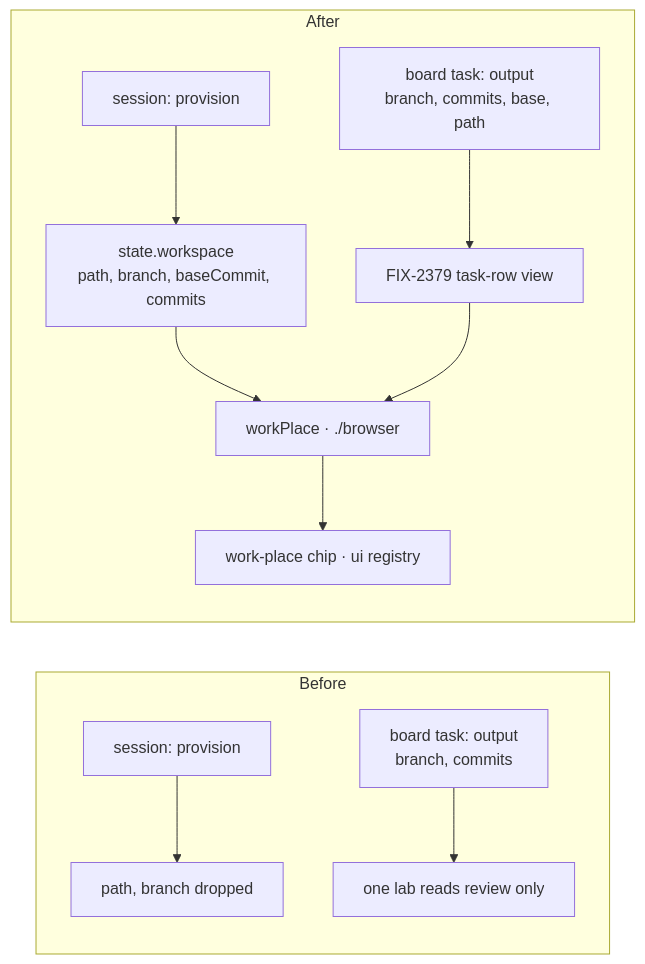
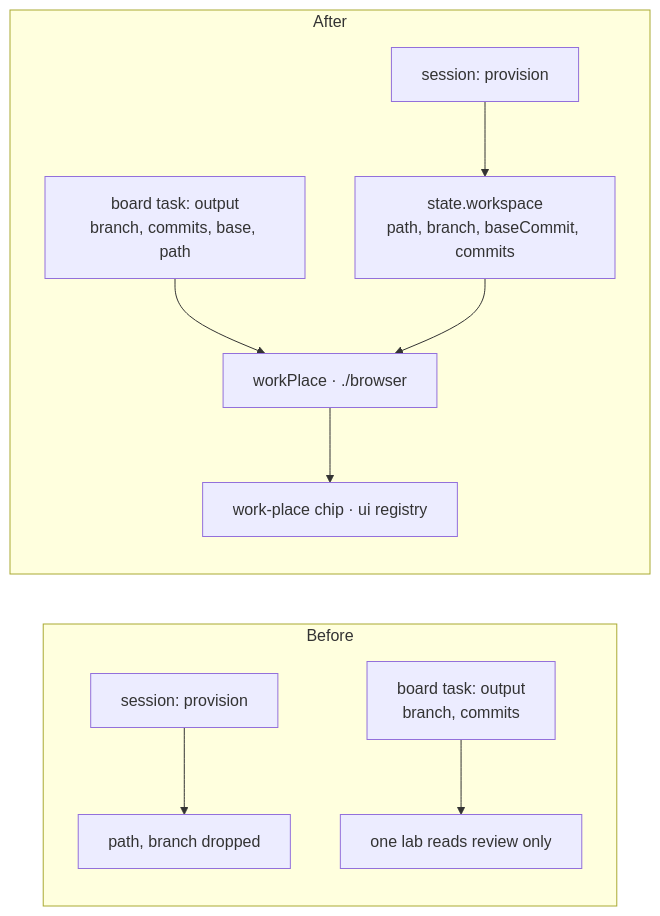
One commit to fixpoint-labs/flow-state-dev changed the second of 2 diagrams in specs/issues/FIX-2386/SPEC.md. Above: the diagram before and after it, drawn with Mermaid. The commit also changed other lines of this file and 1 other file, not shown here.

Commit message:
spec(FIX-2386): read base and path through the ./browser reader, not the task-row view
Claude-Session: https://claude.ai/code/session_01NczDiGU4FtTXJaQZSt9vLg

````diff
--- a/specs/issues/FIX-2386/SPEC.md
+++ b/specs/issues/FIX-2386/SPEC.md
@@ -62,14 +62,13 @@
 ```mermaid
 flowchart LR
   subgraph before["Before"]
     P1["session: provision"] --> D1x["path, branch dropped"]
     M1["board task: output<br/>branch, commits"] --> L1["one lab reads review only"]
   end
   subgraph after["After"]
     P2["session: provision"] --> S2["state.workspace<br/>path, branch, baseCommit, commits"]
-    M2["board task: output<br/>branch, commits, base, path"] --> V2["FIX-2379 task-row view"]
-    S2 --> W2["workPlace · ./browser"]
-    V2 --> W2
+    M2["board task: output<br/>branch, commits, base, path"] --> W2["workPlace · ./browser"]
+    S2 --> W2
     W2 --> C2["work-place chip · ui registry"]
   end
 ```
````
